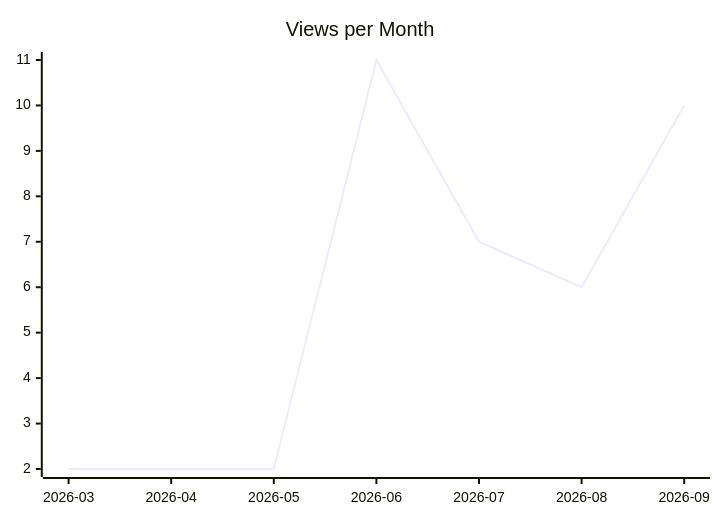
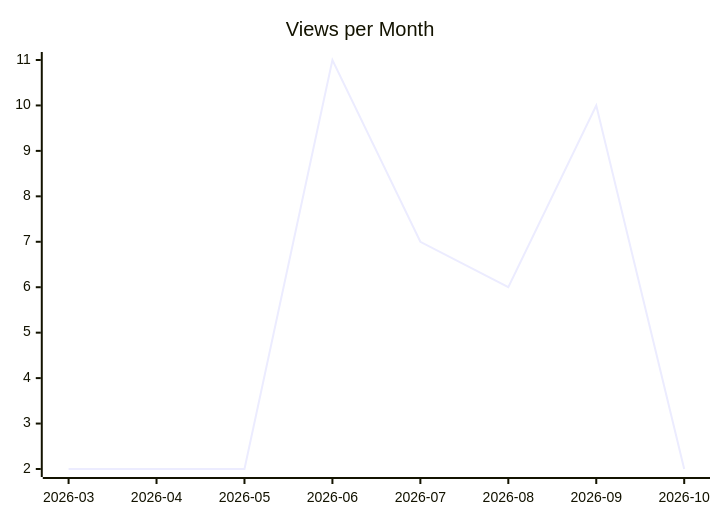
One commit to justdavis-family/github-analytics-data changed the second of 3 diagrams in karlmdavis/ansible-role-jenkins2/README.md. Above: the diagram before and after it, drawn with Mermaid. The commit also changed other lines of this file and 202 other files, not shown here.

````diff
--- a/karlmdavis/ansible-role-jenkins2/README.md
+++ b/karlmdavis/ansible-role-jenkins2/README.md
@@ -12,6 +12,6 @@
 ```mermaid
 xychart-beta
   title "Views per Month"
-  x-axis ["2026-03", "2026-04", "2026-05", "2026-06", "2026-07", "2026-08", "2026-09"]
-  line [2, 2, 2, 11, 7, 6, 10]
+  x-axis ["2026-03", "2026-04", "2026-05", "2026-06", "2026-07", "2026-08", "2026-09", "2026-10"]
+  line [2, 2, 2, 11, 7, 6, 10, 2]
 ```
````
